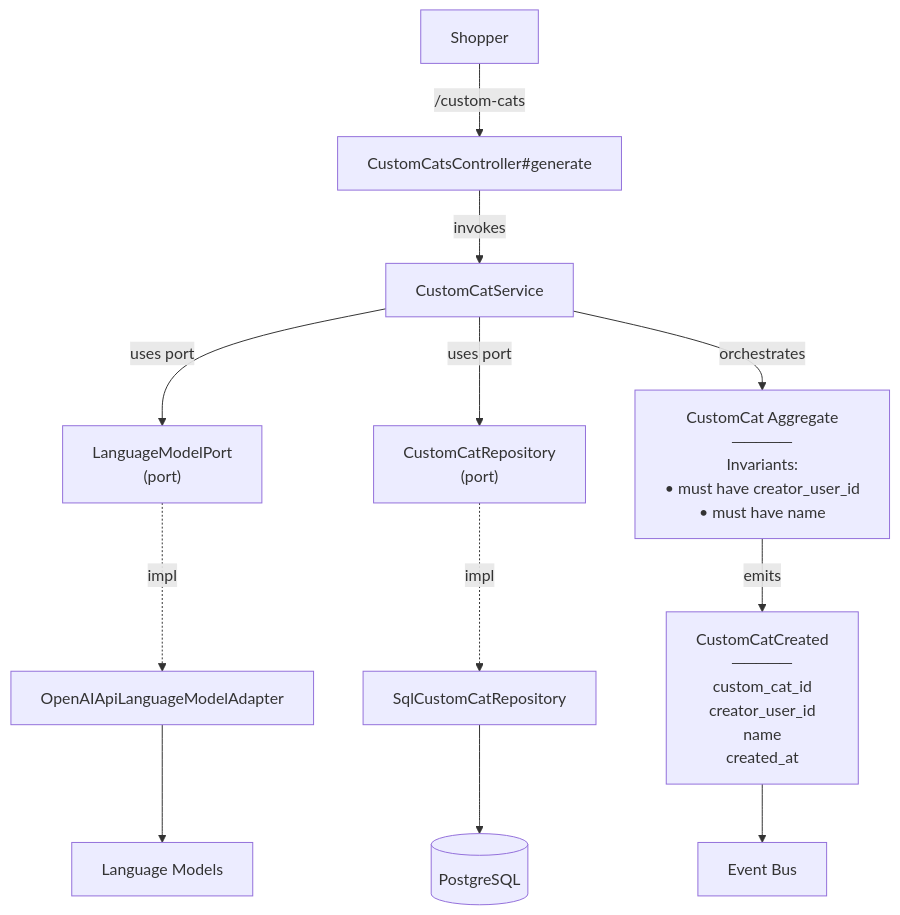
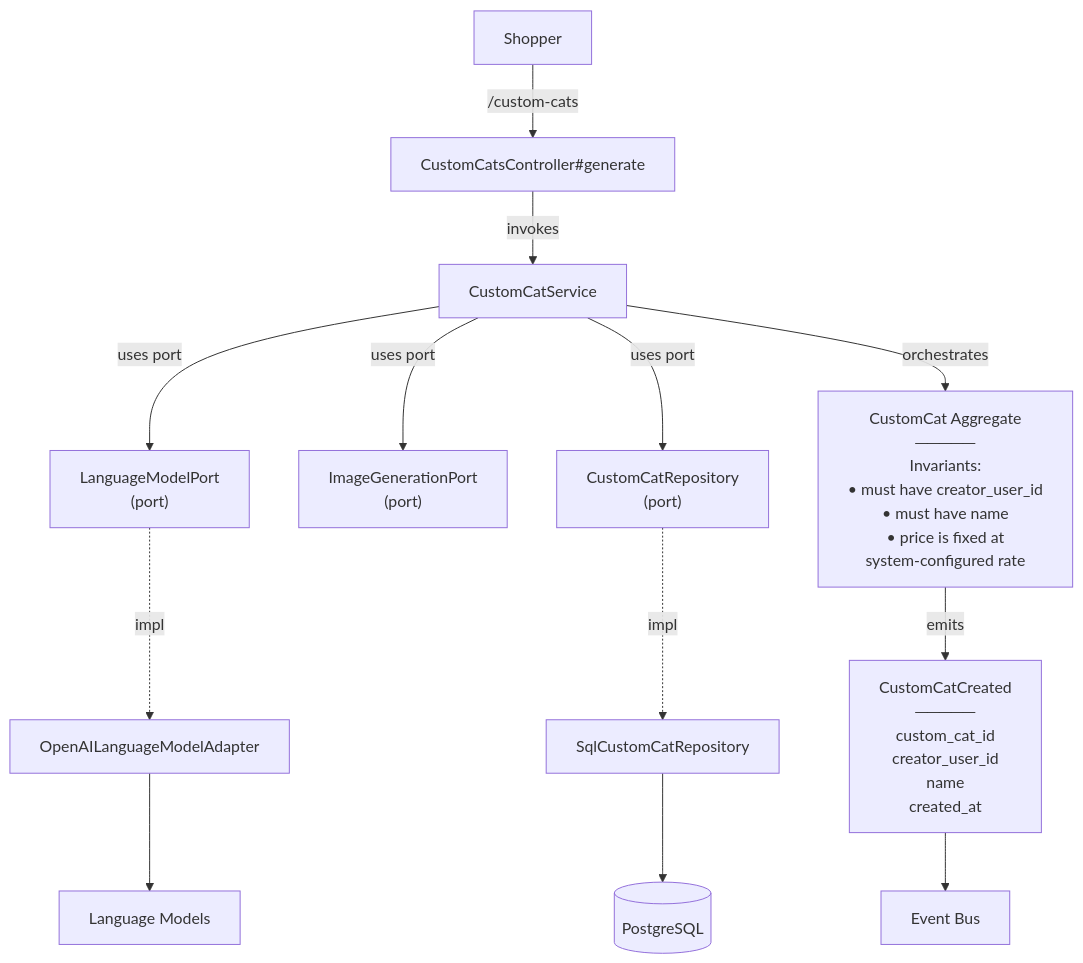
Before and after one commit to pacaplan/cats-as-a-service: the diagram in docs/specs/cat_content/generate_custom_cat.spec.md, drawn with Mermaid. The commit also changed other lines of this file and 3 other files, not shown here.

````diff
--- a/docs/specs/cat_content/generate_custom_cat.spec.md
+++ b/docs/specs/cat_content/generate_custom_cat.spec.md
@@ -103,17 +132,18 @@
 ```mermaid
 flowchart TB
     Shopper["Shopper"]
     Shopper -->|"/custom-cats"| Controller
     Controller["CustomCatsController#generate"]
     Controller -->|invokes| Service
     Service["CustomCatService"]
     Service -->|uses port| Port0["LanguageModelPort<br/>(port)"]
-    Port0 -.->|impl| Adapter0["OpenAIApiLanguageModelAdapter"]
+    Port0 -.->|impl| Adapter0["OpenAILanguageModelAdapter"]
     Adapter0 --> LanguageModels["Language Models"]
-    Service -->|uses port| Port1["CustomCatRepository<br/>(port)"]
-    Port1 -.->|impl| Adapter1["SqlCustomCatRepository"]
-    Adapter1 --> PostgreSQL[("PostgreSQL")]
-    Service -->|orchestrates| Aggregate["CustomCat Aggregate<br/>─────<br/>Invariants:<br/>• must have creator_user_id<br/>• must have name"]
+    Service -->|uses port| Port1["ImageGenerationPort<br/>(port)"]
+    Service -->|uses port| Port2["CustomCatRepository<br/>(port)"]
+    Port2 -.->|impl| Adapter2["SqlCustomCatRepository"]
+    Adapter2 --> PostgreSQL[("PostgreSQL")]
+    Service -->|orchestrates| Aggregate["CustomCat Aggregate<br/>─────<br/>Invariants:<br/>• must have creator_user_id<br/>• must have name<br/>• price is fixed at<br/>system-configured rate"]
     Aggregate -->|emits| Event0["CustomCatCreated<br/>─────<br/>custom_cat_id<br/>creator_user_id<br/>name<br/>created_at"]
     Event0 --> EventBus[Event Bus]
 ```
````
